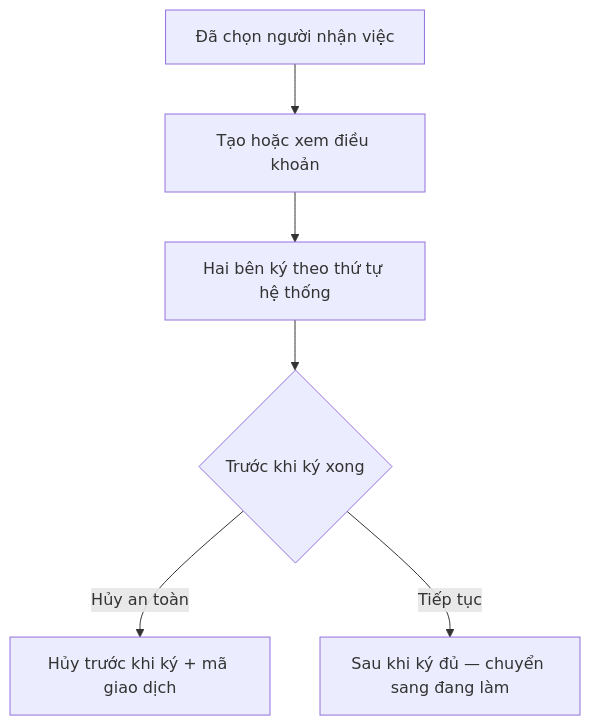
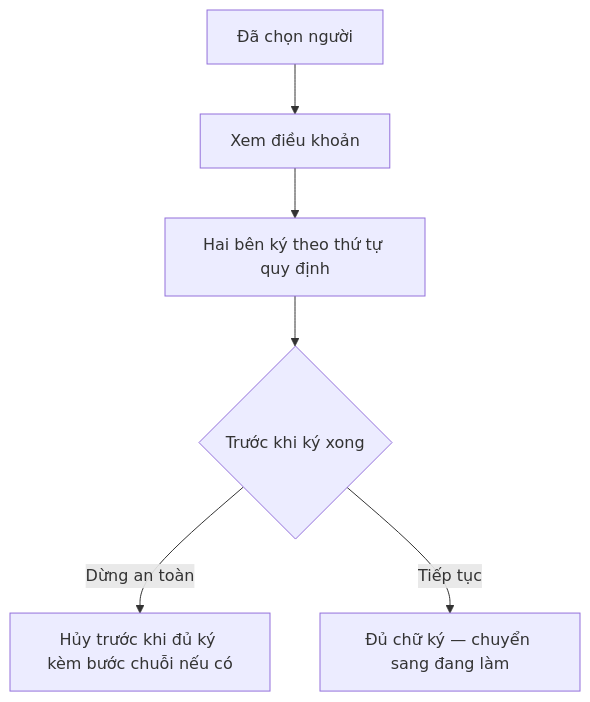
The third of 5 diagrams in poster.md (dmt041104111003/docs-nckh), drawn with Mermaid before and after one commit. The commit also changed other lines of this file and 8 other files, not shown here.

````diff
--- a/poster.md
+++ b/poster.md
@@ -57,8 +52,8 @@
 ```mermaid
 flowchart TD
-  A[Đã chọn người nhận việc] --> B[Tạo hoặc xem điều khoản]
-  B --> C[Hai bên ký theo thứ tự hệ thống]
+  A[Đã chọn người] --> B[Xem điều khoản]
+  B --> C[Hai bên ký theo thứ tự quy định]
   C --> D{Trước khi ký xong}
-  D -->|Hủy an toàn| E[Hủy trước khi ký + mã giao dịch]
-  D -->|Tiếp tục| F[Sau khi ký đủ — chuyển sang đang làm]
+  D -->|Dừng an toàn| E[Hủy trước khi đủ ký kèm bước chuỗi nếu có]
+  D -->|Tiếp tục| F[Đủ chữ ký — chuyển sang đang làm]
 ```
````
